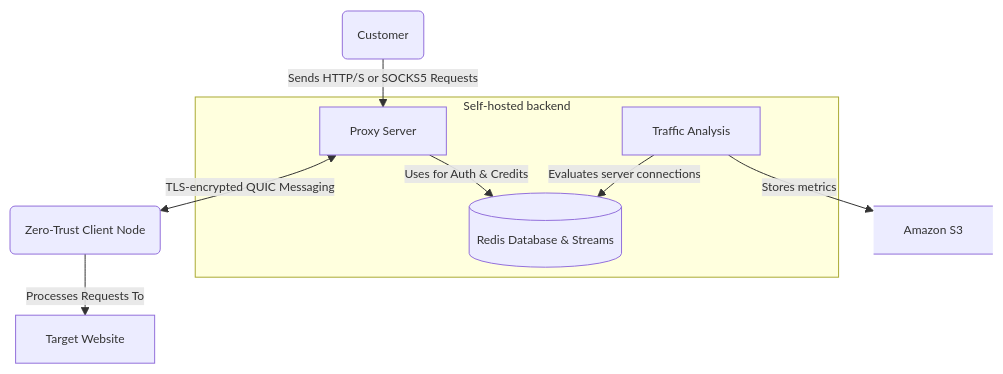
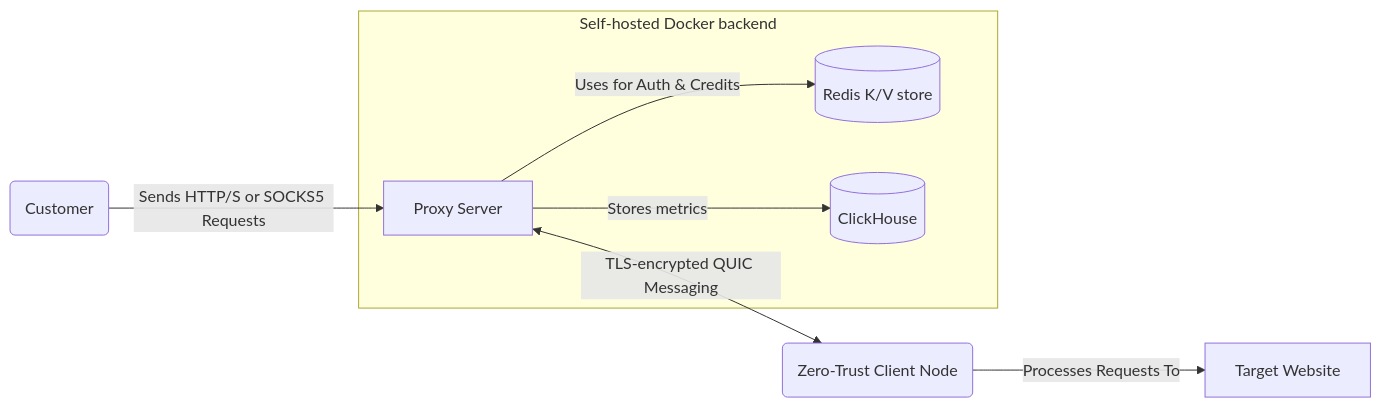
One commit to TurboNodes/.github changed the diagram in profile/README.md. Above: the diagram before and after it, drawn with Mermaid.

Commit message:
Modify flowchart in README to clarify backend details
Updated flowchart to reflect changes in backend components and data storage.

````diff
--- a/profile/README.md
+++ b/profile/README.md
@@ -15,31 +15,28 @@
 ```mermaid
 %%{init: {
   "flowchart": {
-    "rankSpacing": 20
   },
   "themeVariables": {
-    "fontSize": "12px"
   }
 }}%%
-flowchart TD
+flowchart LR
     User(Customer)
     ClientNode(Zero-Trust Client Node)
-    subgraph Self-hosted [Self-hosted backend]
+    subgraph Self-hosted [Self-hosted Docker backend]
         ProxyServer[Proxy Server]
-        Redis[(Redis Database & Streams)]
-        AI[Traffic Analysis] 
+        Redis[(Redis K/V store)]
+        ClickHouse[(ClickHouse)]
     end
     TargetWebsite[Target Website]
-    S3@{ shape: datastore, label: "Amazon S3" }
+    
 
     User --> |Sends HTTP/S or SOCKS5 Requests| ProxyServer
     
     ProxyServer <--> |TLS-encrypted QUIC Messaging| ClientNode
     ProxyServer --> |Uses for Auth & Credits| Redis
     
-    AI --> |Evaluates server connections| Redis
-    AI --> |Stores metrics| S3
+    ProxyServer --> |Stores metrics| ClickHouse
 
     ClientNode --> |Processes Requests To| TargetWebsite
     
 ```
````
